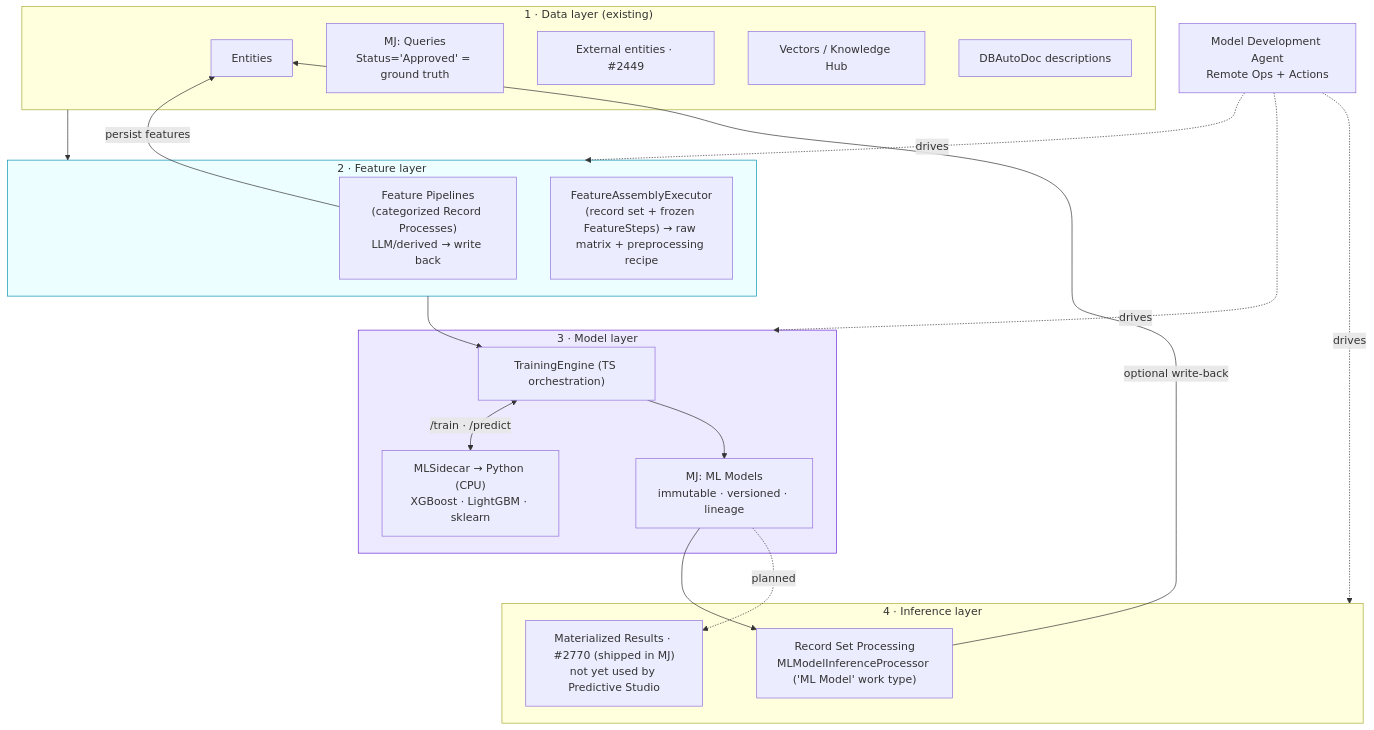
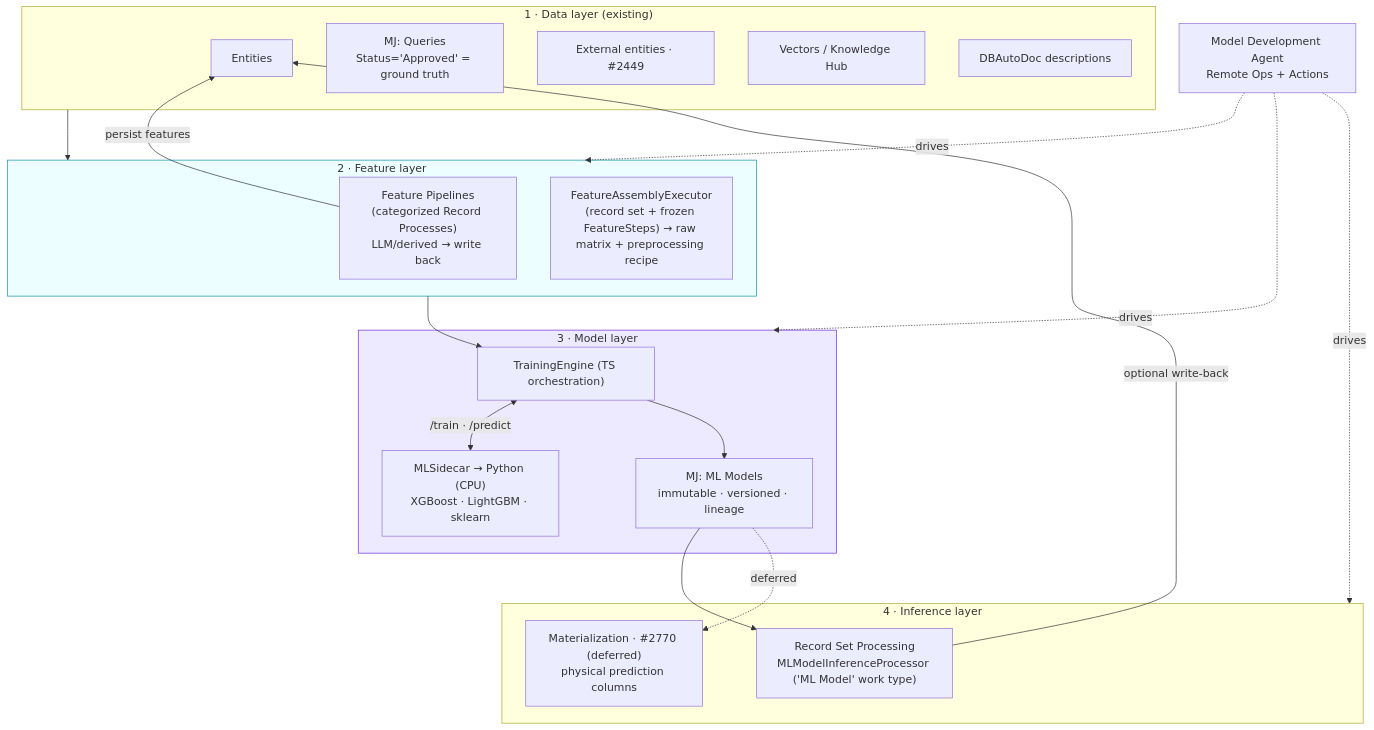
Before and after one commit to MemberJunction/MJ: the first of 15 diagrams in guides/PREDICTIVE_STUDIO_GUIDE.md, drawn with Mermaid. The commit also changed other lines of this file and 52 other files, not shown here.

````diff
--- a/guides/PREDICTIVE_STUDIO_GUIDE.md
+++ b/guides/PREDICTIVE_STUDIO_GUIDE.md
@@ -80,34 +80,34 @@
 ```mermaid
 flowchart TB
     subgraph DATA["1 · Data layer (existing)"]
         E[Entities]
         Q["MJ: Queries<br/>Status='Approved' = ground truth"]
         EXT["External entities · #2449"]
         VEC[Vectors / Knowledge Hub]
         DOC[DBAutoDoc descriptions]
     end
     subgraph FEAT["2 · Feature layer"]
         FP["Feature Pipelines<br/>(categorized Record Processes)<br/>LLM/derived → write back"]
         FA["FeatureAssemblyExecutor<br/>(record set + frozen FeatureSteps) → raw matrix + preprocessing recipe"]
     end
     subgraph MODEL["3 · Model layer"]
         TRAIN["TrainingEngine (TS orchestration)"]
         SIDE["MLSidecar → Python (CPU)<br/>XGBoost · LightGBM · sklearn"]
         MM["MJ: ML Models<br/>immutable · versioned · lineage"]
     end
     subgraph INFER["4 · Inference layer"]
         RSP["Record Set Processing<br/>MLModelInferenceProcessor ('ML Model' work type)"]
-        MAT["Materialized Results · #2770 (shipped in MJ)<br/>not yet used by Predictive Studio"]
+        MAT["Materialization · #2770 (deferred)<br/>physical prediction columns"]
     end
     DATA --> FEAT
     FP -->|persist features| E
     FEAT --> TRAIN
     TRAIN <-->|"/train · /predict"| SIDE
     TRAIN --> MM
     MM --> RSP
-    MM -.planned.-> MAT
+    MM -.deferred.-> MAT
     RSP -->|optional write-back| E
     AGENT["Model Development Agent<br/>Remote Ops + Actions"] -.drives.-> FEAT & MODEL & INFER
     style FEAT fill:#ecfeff,stroke:#0891b2
     style MODEL fill:#ede9fe,stroke:#6d28d9
 ```
````
